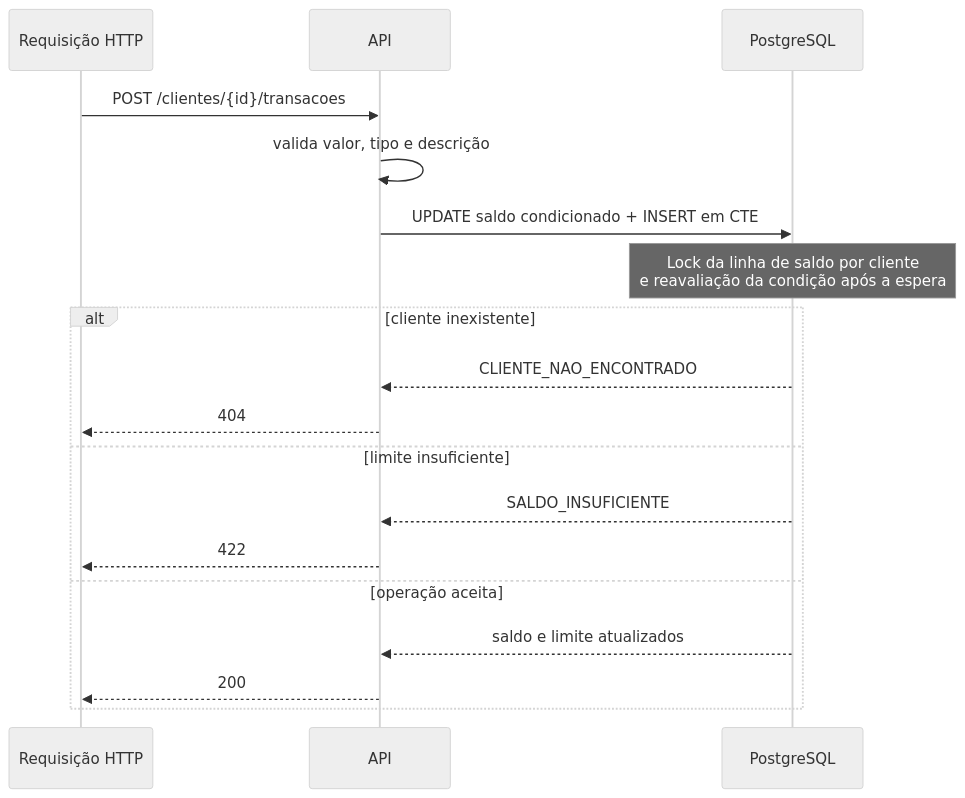
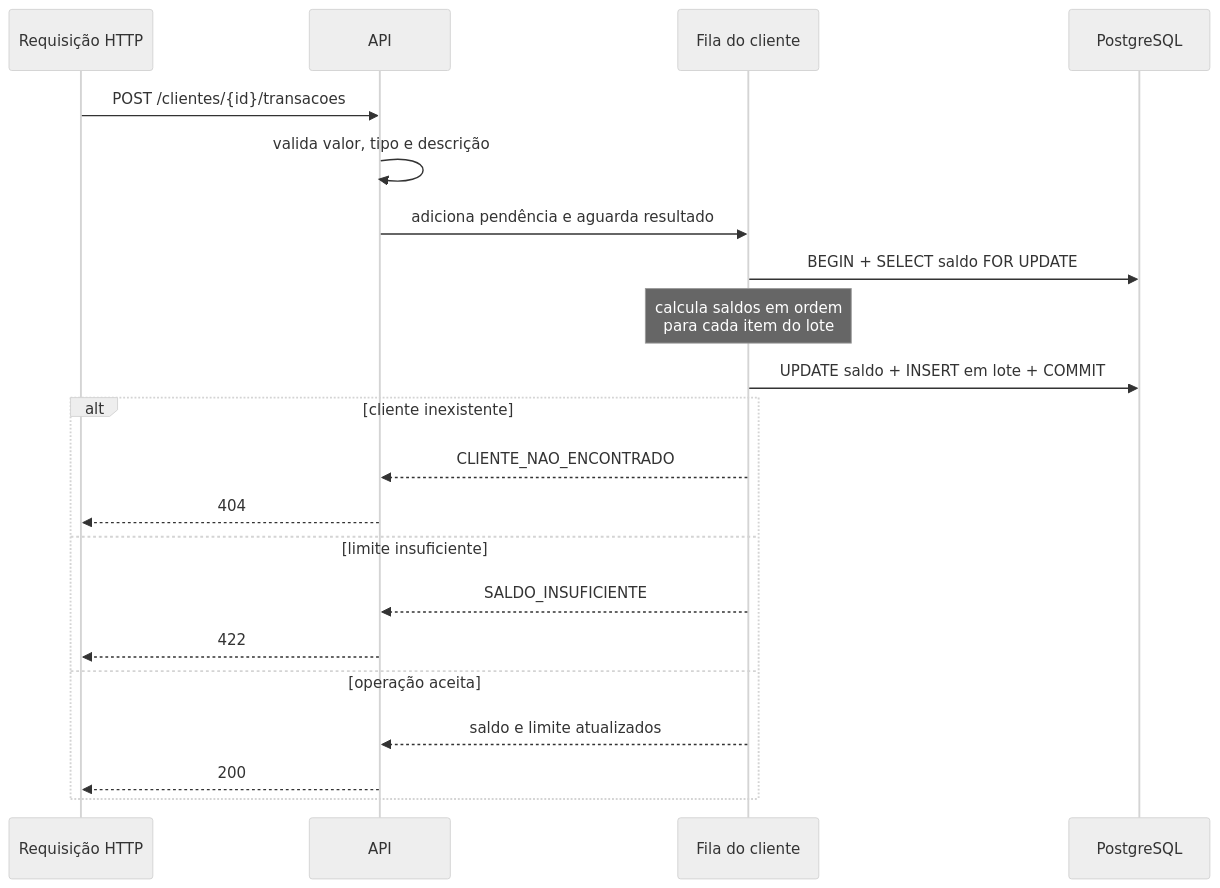
One commit to romjunior/minha-rinha-app-q1-2024-spring changed the second of 5 diagrams in README.md. Above: the diagram before and after it, drawn with Mermaid (neutral theme). The commit also changed other lines of this file and 10 other files, not shown here.

````diff
--- a/README.md
+++ b/README.md
@@ -68,21 +70,24 @@
 ```mermaid
 sequenceDiagram
     participant H as Requisição HTTP
     participant A as API
+    participant F as Fila do cliente
     participant D as PostgreSQL
 
     H->>A: POST /clientes/{id}/transacoes
     A->>A: valida valor, tipo e descrição
-    A->>D: UPDATE saldo condicionado + INSERT em CTE
-    Note over D: Lock da linha de saldo por cliente<br/>e reavaliação da condição após a espera
+    A->>F: adiciona pendência e aguarda resultado
+    F->>D: BEGIN + SELECT saldo FOR UPDATE
+    Note over F: calcula saldos em ordem<br/>para cada item do lote
+    F->>D: UPDATE saldo + INSERT em lote + COMMIT
     alt cliente inexistente
-        D-->>A: CLIENTE_NAO_ENCONTRADO
+        F-->>A: CLIENTE_NAO_ENCONTRADO
         A-->>H: 404
     else limite insuficiente
-        D-->>A: SALDO_INSUFICIENTE
+        F-->>A: SALDO_INSUFICIENTE
         A-->>H: 422
     else operação aceita
-        D-->>A: saldo e limite atualizados
+        F-->>A: saldo e limite atualizados
         A-->>H: 200
     end
 ```
````
